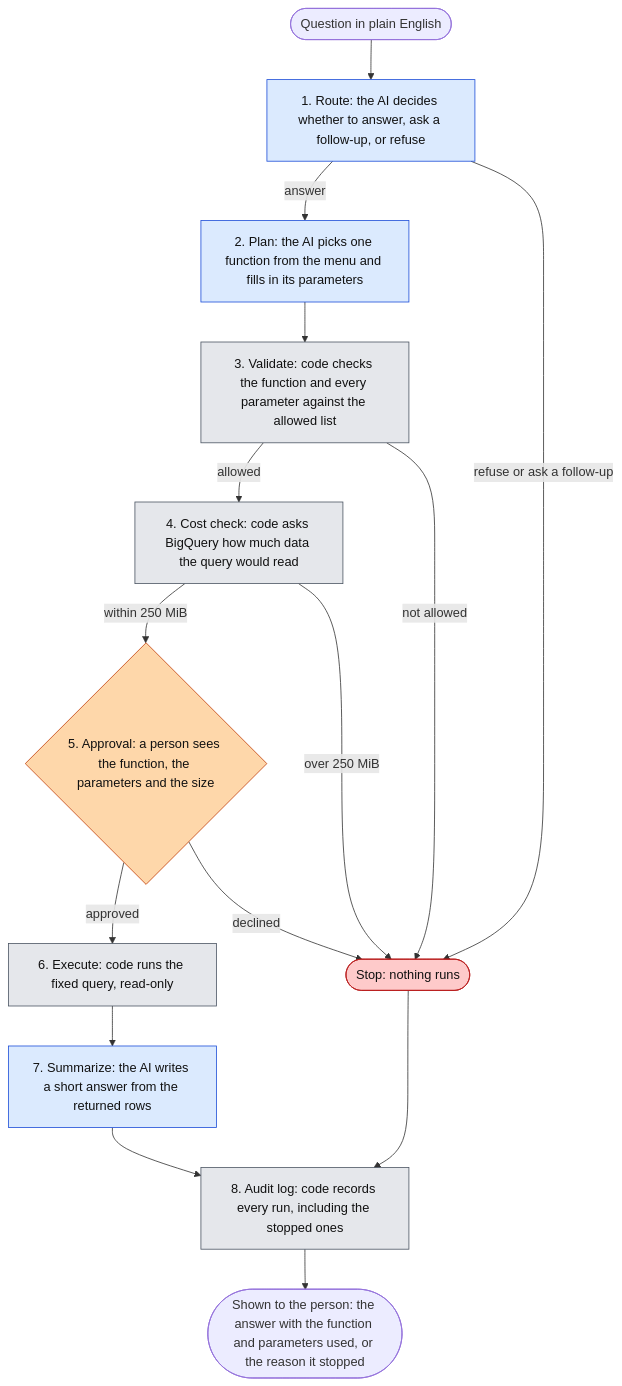
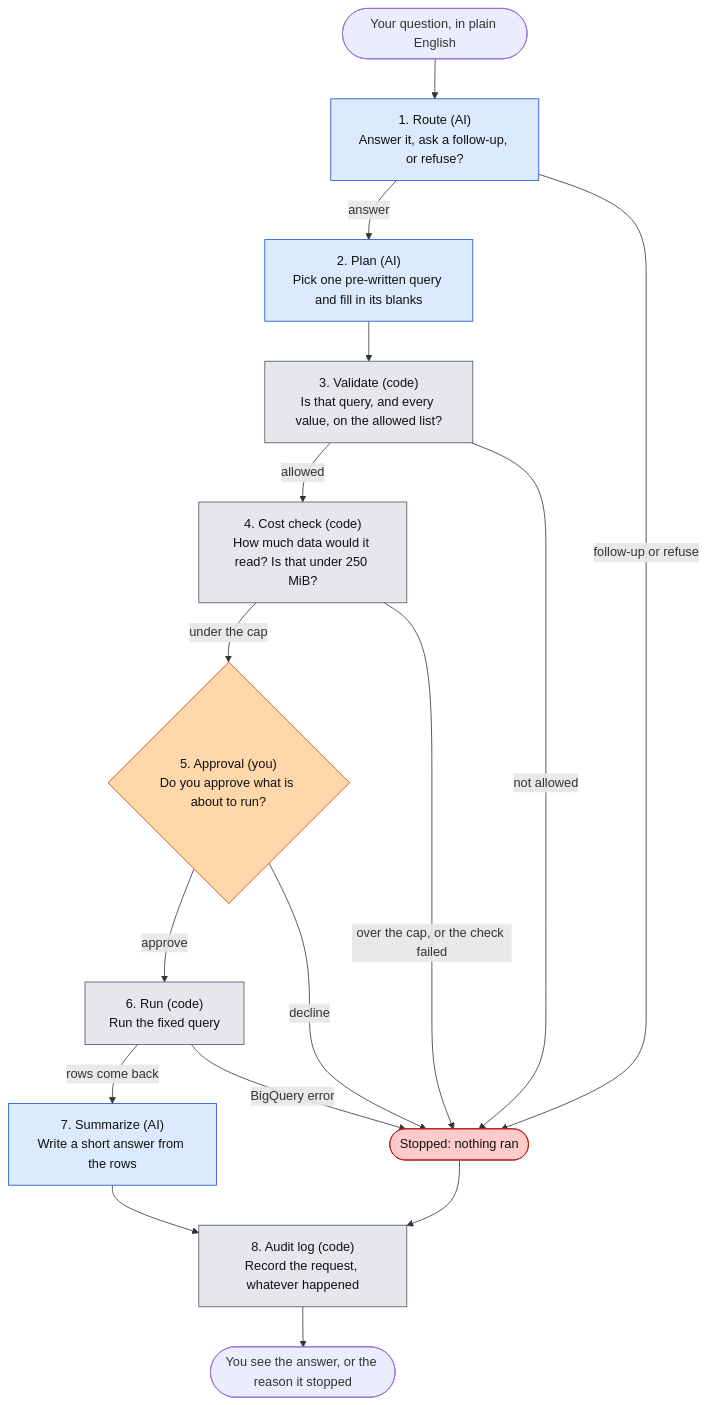
Before and after one commit to sandeepkesarkar/bq-query-agent: the first of 3 diagrams in README.md, drawn with Mermaid. The commit also changed other lines of this file and 5 other files, not shown here.

````diff
--- a/README.md
+++ b/README.md
@@ -47,38 +47,39 @@
 ```mermaid
 flowchart TD
-    Q(["Question in plain English"])
-    R["1. Route: the AI decides whether to answer, ask a follow-up, or refuse"]
-    P["2. Plan: the AI picks one function from the menu and fills in its parameters"]
-    V["3. Validate: code checks the function and every parameter against the allowed list"]
-    C["4. Cost check: code asks BigQuery how much data the query would read"]
-    H{"5. Approval: a person sees the function, the parameters and the size"}
-    E["6. Execute: code runs the fixed query, read-only"]
-    S["7. Summarize: the AI writes a short answer from the returned rows"]
-    X(["Stop: nothing runs"])
-    A["8. Audit log: code records every run, including the stopped ones"]
-    D(["Shown to the person: the answer with the function and parameters used, or the reason it stopped"])
+    Q(["Your question, in plain English"])
+    R["1. Route (AI)<br/>Answer it, ask a follow-up, or refuse?"]
+    P["2. Plan (AI)<br/>Pick one pre-written query and fill in its blanks"]
+    V["3. Validate (code)<br/>Is that query, and every value, on the allowed list?"]
+    C["4. Cost check (code)<br/>How much data would it read? Is that under 250 MiB?"]
+    H{"5. Approval (you)<br/>Do you approve what is about to run?"}
+    E["6. Run (code)<br/>Run the fixed query"]
+    S["7. Summarize (AI)<br/>Write a short answer from the rows"]
+    X(["Stopped: nothing ran"])
+    A["8. Audit log (code)<br/>Record the request, whatever happened"]
+    D(["You see the answer, or the reason it stopped"])
 
     Q --> R
     R -->|answer| P
-    R -->|refuse or ask a follow-up| X
+    R -->|follow-up or refuse| X
     P --> V
     V -->|allowed| C
     V -->|not allowed| X
-    C -->|within 250 MiB| H
-    C -->|over 250 MiB| X
-    H -->|approved| E
-    H -->|declined| X
-    E --> S
+    C -->|under the cap| H
+    C -->|over the cap, or the check failed| X
+    H -->|approve| E
+    H -->|decline| X
+    E -->|rows come back| S
+    E -->|BigQuery error| X
     S --> A
     X --> A
     A --> D
 
     classDef ai fill:#dbeafe,stroke:#1d4ed8,color:#111111
     classDef code fill:#e5e7eb,stroke:#4b5563,color:#111111
     classDef human fill:#fed7aa,stroke:#c2410c,color:#111111
     classDef stop fill:#fecaca,stroke:#b91c1c,color:#111111
     class R,P,S ai
     class V,C,E,A code
     class H human
     class X stop
 ```
````
